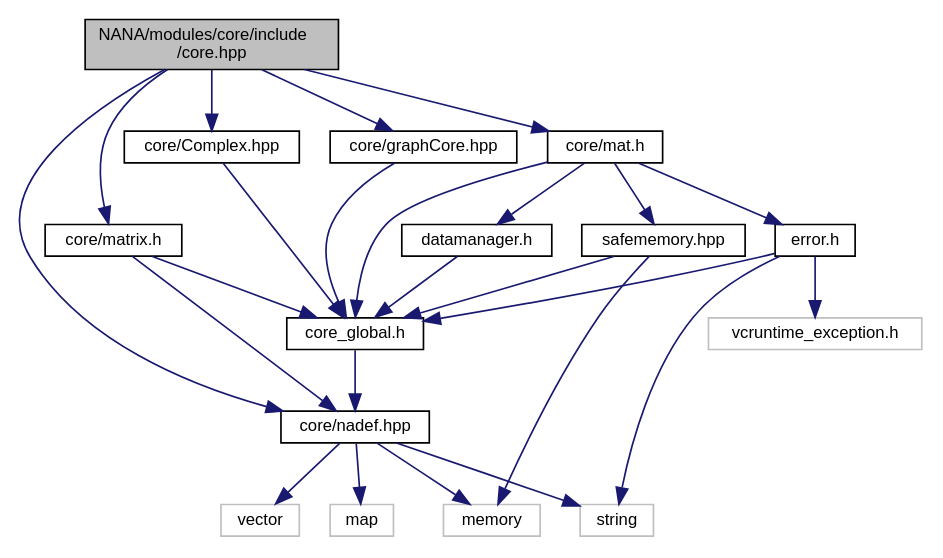
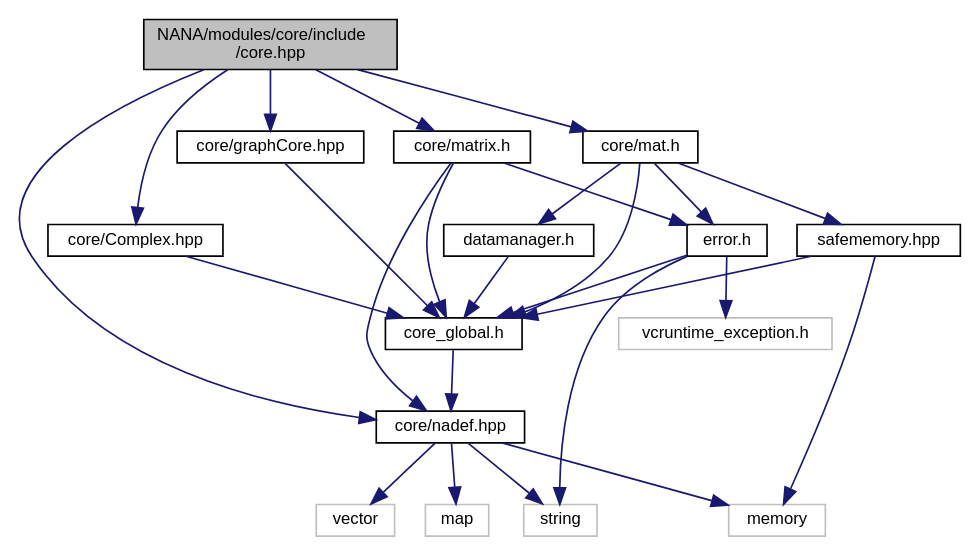
The diagram in docs/core_8hpp__incl.dot (YuruTu/NANA), drawn with Graphviz before and after one commit. The commit also changed 99 other files, not shown here.

```diff
--- a/docs/core_8hpp__incl.dot
+++ b/docs/core_8hpp__incl.dot
@@ -1,45 +1,46 @@
 digraph "NANA/modules/core/include/core.hpp"
 {
  // LATEX_PDF_SIZE
   edge [fontname="Helvetica",fontsize="10",labelfontname="Helvetica",labelfontsize="10"];
   node [fontname="Helvetica",fontsize="10",shape=record];
   Node1 [label="NANA/modules/core/include\l/core.hpp",height=0.2,width=0.4,color="black", fillcolor="grey75", style="filled", fontcolor="black",tooltip="包含基本的数据结构等"];
   Node1 -> Node2 [color="midnightblue",fontsize="10",style="solid",fontname="Helvetica"];
   Node2 [label="core/nadef.hpp",height=0.2,width=0.4,color="black", fillcolor="white", style="filled",URL="$nadef_8hpp_source.html",tooltip=" "];
   Node2 -> Node3 [color="midnightblue",fontsize="10",style="solid",fontname="Helvetica"];
   Node3 [label="vector",height=0.2,width=0.4,color="grey75", fillcolor="white", style="filled",tooltip=" "];
   Node2 -> Node4 [color="midnightblue",fontsize="10",style="solid",fontname="Helvetica"];
   Node4 [label="string",height=0.2,width=0.4,color="grey75", fillcolor="white", style="filled",tooltip=" "];
   Node2 -> Node5 [color="midnightblue",fontsize="10",style="solid",fontname="Helvetica"];
   Node5 [label="map",height=0.2,width=0.4,color="grey75", fillcolor="white", style="filled",tooltip=" "];
   Node2 -> Node6 [color="midnightblue",fontsize="10",style="solid",fontname="Helvetica"];
   Node6 [label="memory",height=0.2,width=0.4,color="grey75", fillcolor="white", style="filled",tooltip=" "];
   Node1 -> Node7 [color="midnightblue",fontsize="10",style="solid",fontname="Helvetica"];
   Node7 [label="core/Complex.hpp",height=0.2,width=0.4,color="black", fillcolor="white", style="filled",URL="$_complex_8hpp.html",tooltip="实现复数"];
   Node7 -> Node8 [color="midnightblue",fontsize="10",style="solid",fontname="Helvetica"];
   Node8 [label="core_global.h",height=0.2,width=0.4,color="black", fillcolor="white", style="filled",URL="$core__global_8h.html",tooltip="全局头文件"];
   Node8 -> Node2 [color="midnightblue",fontsize="10",style="solid",fontname="Helvetica"];
   Node1 -> Node9 [color="midnightblue",fontsize="10",style="solid",fontname="Helvetica"];
   Node9 [label="core/graphCore.hpp",height=0.2,width=0.4,color="black", fillcolor="white", style="filled",URL="$graph_core_8hpp.html",tooltip="为图论算法实现的基本数据结构"];
   Node9 -> Node8 [color="midnightblue",fontsize="10",style="solid",fontname="Helvetica"];
   Node1 -> Node10 [color="midnightblue",fontsize="10",style="solid",fontname="Helvetica"];
   Node10 [label="core/matrix.h",height=0.2,width=0.4,color="black", fillcolor="white", style="filled",URL="$matrix_8h.html",tooltip="简单矩阵类(效率不高，但易于理解，很多时候会触发复制构造函数)，不同于Mat"];
   Node10 -> Node8 [color="midnightblue",fontsize="10",style="solid",fontname="Helvetica"];
-  Node10 -> Node2 [color="midnightblue",fontsize="10",style="solid",fontname="Helvetica"];
-  Node1 -> Node11 [color="midnightblue",fontsize="10",style="solid",fontname="Helvetica"];
-  Node11 [label="core/mat.h",height=0.2,width=0.4,color="black", fillcolor="white", style="filled",URL="$mat_8h.html",tooltip="实现一个用于矩阵运算的模板类(仍在实现当中)"];
+  Node10 -> Node11 [color="midnightblue",fontsize="10",style="solid",fontname="Helvetica"];
+  Node11 [label="error.h",height=0.2,width=0.4,color="black", fillcolor="white", style="filled",URL="$error_8h.html",tooltip="用于抛出异常"];
   Node11 -> Node8 [color="midnightblue",fontsize="10",style="solid",fontname="Helvetica"];
   Node11 -> Node12 [color="midnightblue",fontsize="10",style="solid",fontname="Helvetica"];
-  Node12 [label="error.h",height=0.2,width=0.4,color="black", fillcolor="white", style="filled",URL="$error_8h.html",tooltip="用于抛出异常"];
-  Node12 -> Node8 [color="midnightblue",fontsize="10",style="solid",fontname="Helvetica"];
-  Node12 -> Node13 [color="midnightblue",fontsize="10",style="solid",fontname="Helvetica"];
-  Node13 [label="vcruntime_exception.h",height=0.2,width=0.4,color="grey75", fillcolor="white", style="filled",tooltip=" "];
-  Node12 -> Node4 [color="midnightblue",fontsize="10",style="solid",fontname="Helvetica"];
-  Node11 -> Node14 [color="midnightblue",fontsize="10",style="solid",fontname="Helvetica"];
+  Node12 [label="vcruntime_exception.h",height=0.2,width=0.4,color="grey75", fillcolor="white", style="filled",tooltip=" "];
+  Node11 -> Node4 [color="midnightblue",fontsize="10",style="solid",fontname="Helvetica"];
+  Node10 -> Node2 [color="midnightblue",fontsize="10",style="solid",fontname="Helvetica"];
+  Node1 -> Node13 [color="midnightblue",fontsize="10",style="solid",fontname="Helvetica"];
+  Node13 [label="core/mat.h",height=0.2,width=0.4,color="black", fillcolor="white", style="filled",URL="$mat_8h.html",tooltip="实现一个用于矩阵运算的模板类(仍在实现当中)"];
+  Node13 -> Node8 [color="midnightblue",fontsize="10",style="solid",fontname="Helvetica"];
+  Node13 -> Node11 [color="midnightblue",fontsize="10",style="solid",fontname="Helvetica"];
+  Node13 -> Node14 [color="midnightblue",fontsize="10",style="solid",fontname="Helvetica"];
   Node14 [label="datamanager.h",height=0.2,width=0.4,color="black", fillcolor="white", style="filled",URL="$datamanager_8h.html",tooltip="实现一个数据管理器"];
   Node14 -> Node8 [color="midnightblue",fontsize="10",style="solid",fontname="Helvetica"];
-  Node11 -> Node15 [color="midnightblue",fontsize="10",style="solid",fontname="Helvetica"];
+  Node13 -> Node15 [color="midnightblue",fontsize="10",style="solid",fontname="Helvetica"];
   Node15 [label="safememory.hpp",height=0.2,width=0.4,color="black", fillcolor="white", style="filled",URL="$safememory_8hpp.html",tooltip="实现安全的内存管理"];
   Node15 -> Node8 [color="midnightblue",fontsize="10",style="solid",fontname="Helvetica"];
   Node15 -> Node6 [color="midnightblue",fontsize="10",style="solid",fontname="Helvetica"];
 }
```
